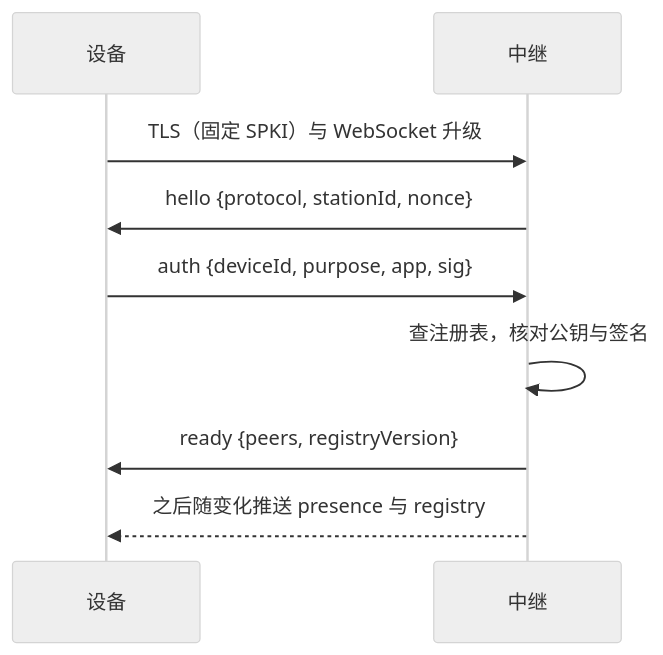
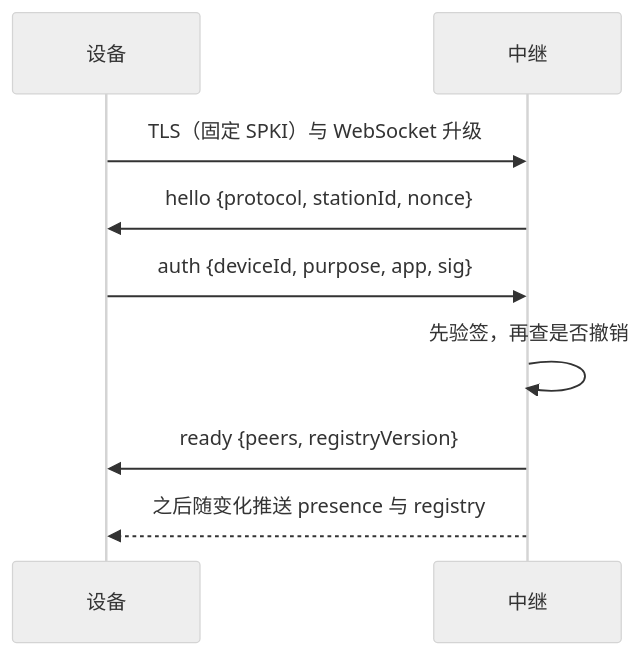
Before and after one commit to qx0657/phone-station: the second of 3 diagrams in docs/link-v2.md, drawn with Mermaid (neutral theme). The commit also changed other lines of this file and 5 other files, not shown here.

````diff
--- a/docs/link-v2.md
+++ b/docs/link-v2.md
@@ -126,11 +126,11 @@
 ```mermaid
 sequenceDiagram
   participant D as 设备
   participant R as 中继
   D->>R: TLS（固定 SPKI）与 WebSocket 升级
   R->>D: hello {protocol, stationId, nonce}
   D->>R: auth {deviceId, purpose, app, sig}
-  R->>R: 查注册表，核对公钥与签名
+  R->>R: 先验签，再查是否撤销
   R->>D: ready {peers, registryVersion}
   R-->>D: 之后随变化推送 presence 与 registry
 ```
````
